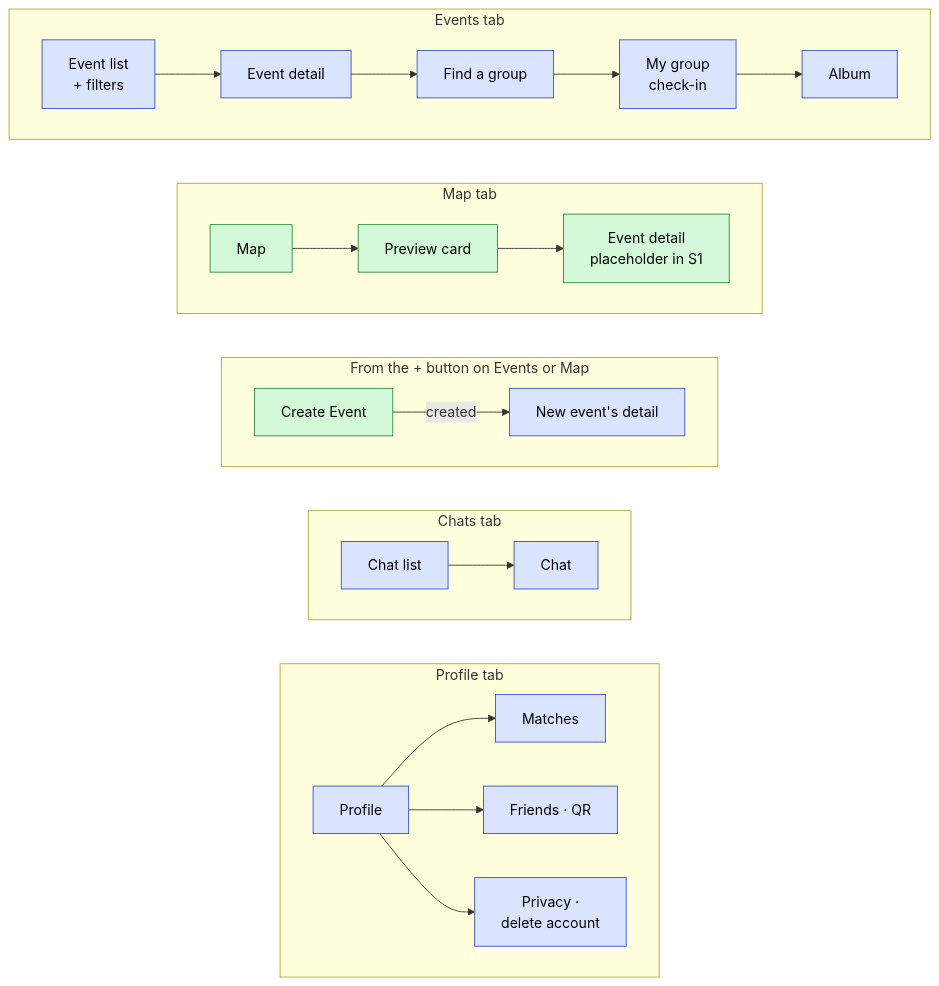
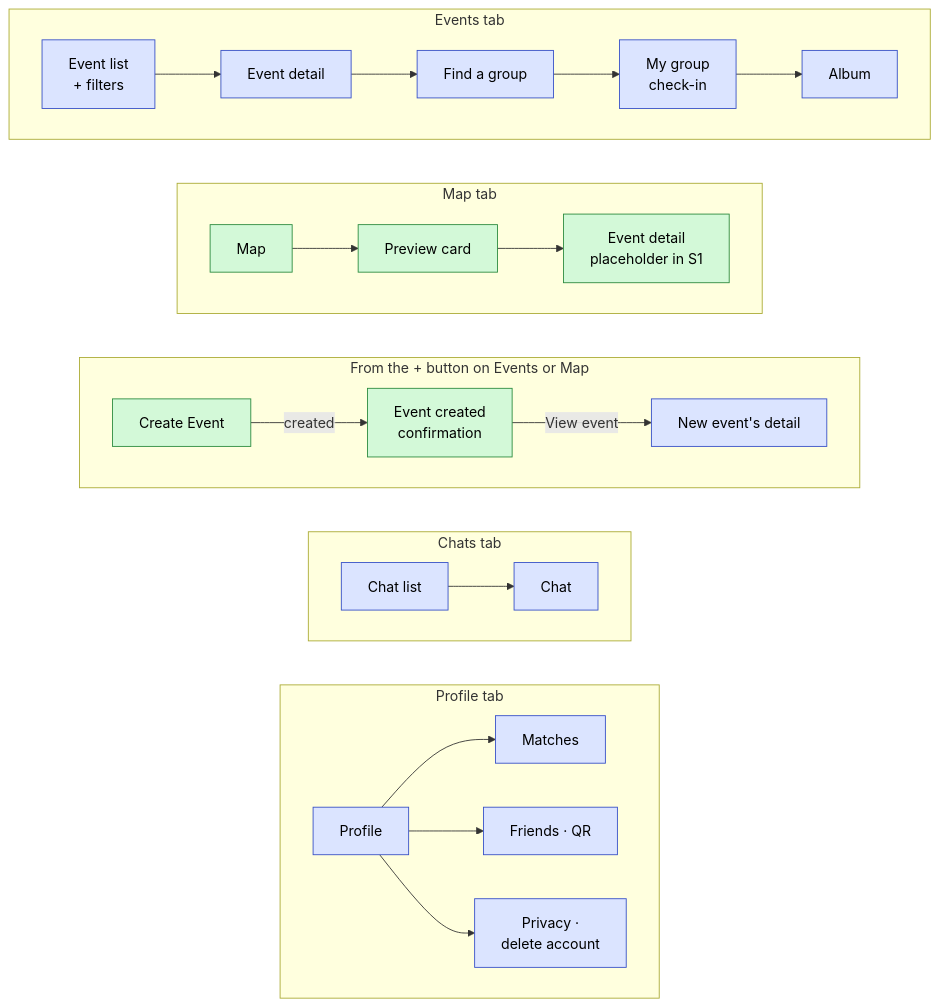
Before and after one commit to swent-polysocial/PolySocial: the second of 11 diagrams in docs/Architecture-Diagram.md, drawn with Mermaid. The commit also changed other lines of this file, not shown here.

First line of the commit message:
docs: update Create Event in the architecture

````diff
--- a/docs/Architecture-Diagram.md
+++ b/docs/Architecture-Diagram.md
@@ -65,29 +65,29 @@
 ```mermaid
 flowchart TB
   classDef s1 fill:#d3f9d8,stroke:#2b8a3e,color:#000
   classDef pb fill:#dbe4ff,stroke:#364fc7,color:#000
 
   subgraph tEvents["Events tab"]
     direction LR
     evList["Event list<br/>+ filters"]:::pb --> evDetail["Event detail"]:::pb --> findGroup["Find a group"]:::pb --> group["My group<br/>check-in"]:::pb --> album["Album"]:::pb
   end
   subgraph tMap["Map tab"]
     direction LR
     map["Map"]:::s1 --> preview["Preview card"]:::s1 --> detailPh["Event detail<br/>placeholder in S1"]:::s1
   end
   subgraph tCreate["From the + button on Events or Map"]
     direction LR
-    createEv["Create Event"]:::s1 -- "created" --> newDetail["New event's detail"]:::pb
+    createEv["Create Event"]:::s1 -- "created" --> created["Event created<br/>confirmation"]:::s1 -- "View event" --> newDetail["New event's detail"]:::pb
   end
   subgraph tChats["Chats tab"]
     direction LR
     chatList["Chat list"]:::pb --> chat["Chat"]:::pb
   end
   subgraph tProfile["Profile tab"]
     direction LR
     profile["Profile"]:::pb --> matches["Matches"]:::pb
     profile --> friends["Friends · QR"]:::pb
     profile --> privacy["Privacy ·<br/>delete account"]:::pb
   end
   tEvents ~~~ tMap ~~~ tCreate ~~~ tChats ~~~ tProfile
 ```
````
